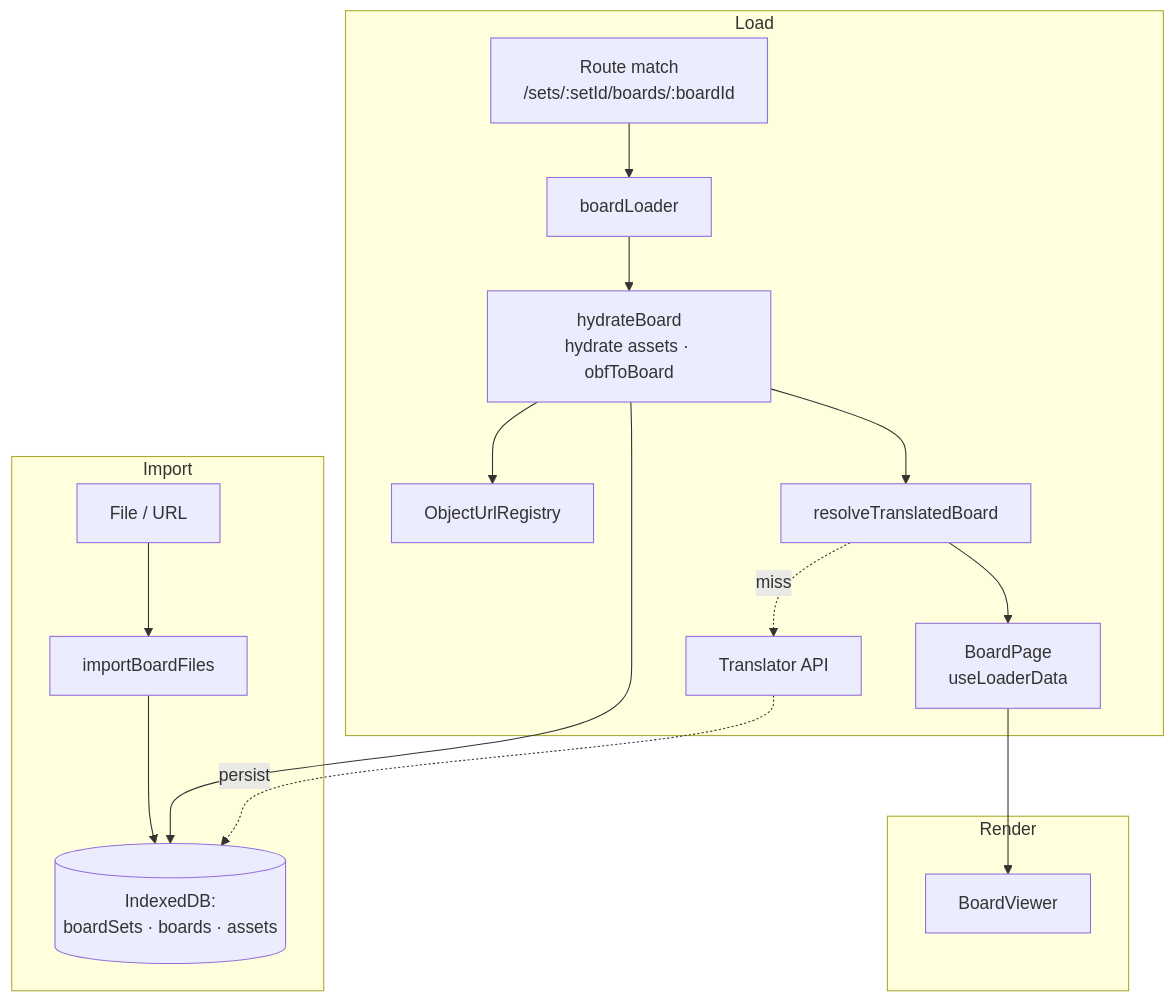
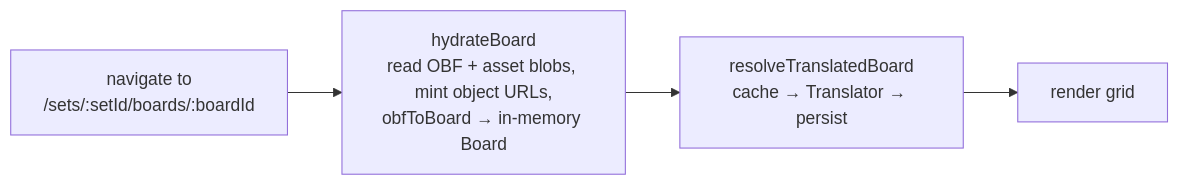
The third of 4 diagrams in docs/architecture.md (shayc/aac-board-ai), drawn with Mermaid before and after one commit. The commit also changed other lines of this file and 1 other file, not shown here.

First line of the commit message:
docs(architecture): rewrite as a bird's-eye map, reconciled with the code (#523)

````diff
--- a/docs/architecture.md
+++ b/docs/architecture.md
@@ -65,22 +121,6 @@
 ```mermaid
-flowchart TD
-  subgraph Import
-    A[File / URL] --> B[importBoardFiles]
-    B --> C[(IndexedDB:<br/>boardSets · boards · assets)]
-  end
-
-  subgraph Load
-    R[Route match<br/>/sets/:setId/boards/:boardId] --> L[boardLoader]
-    L --> Q[hydrateBoard<br/>hydrate assets · obfToBoard]
-    Q --> C
-    Q --> O[ObjectUrlRegistry]
-    Q --> T[resolveTranslatedBoard]
-    T -. miss .-> X[Translator API]
-    X -. persist .-> C
-    T --> P[BoardPage<br/>useLoaderData]
-  end
-
-  subgraph Render
-    P --> V[BoardViewer]
-  end
+flowchart LR
+    nav["navigate to<br/>/sets/:setId/boards/:boardId"] --> hydrate["hydrateBoard<br/>read OBF + asset blobs, mint object URLs,<br/>obfToBoard → in-memory Board"]
+    hydrate --> xlate["resolveTranslatedBoard<br/>cache → Translator → persist"]
+    xlate --> render["render grid"]
 ```
````
